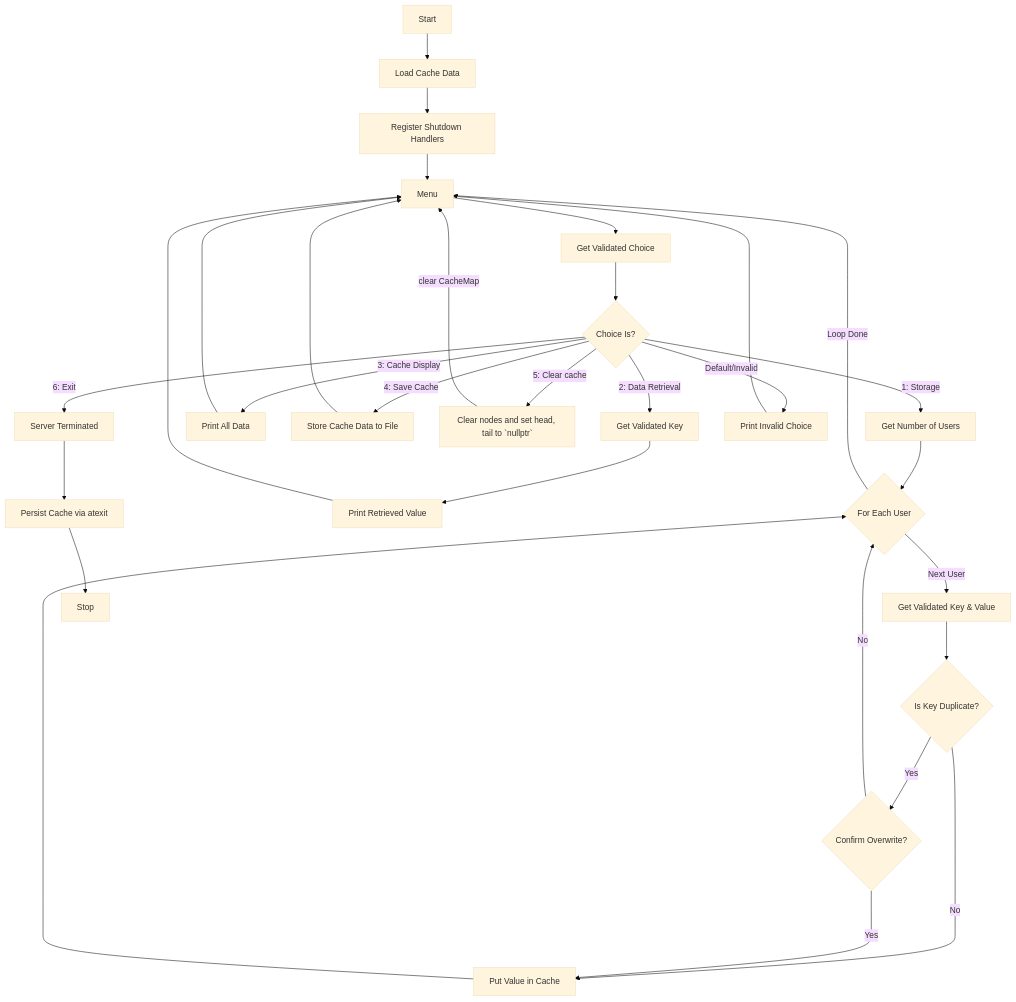
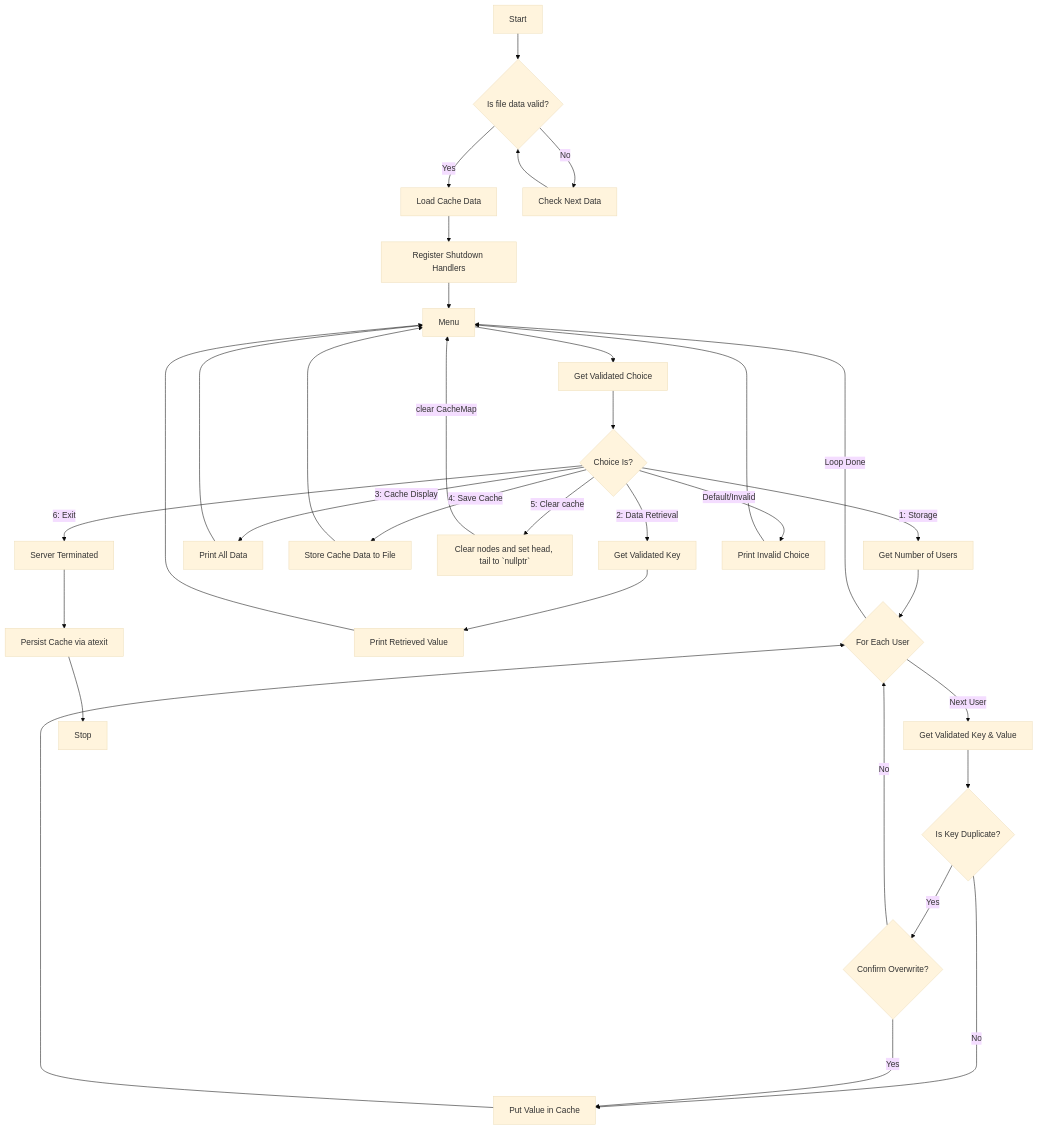
One commit to tecnolgd/velocache changed the diagram in assets/docs/architecture.md. Above: the diagram before and after it, drawn with Mermaid (base theme).

Commit message:
docs: updated mermaid diagram to include file data validation stage

````diff
--- a/assets/docs/architecture.md
+++ b/assets/docs/architecture.md
@@ -60,37 +60,39 @@
 ```mermaid
     flowchart TB
-    Start -->Load[Load Cache Data] --> Register[Register Shutdown Handlers] --> Menu
+    Start -->Validate{Is file data valid?}
+    Validate -- Yes --> Load[Load Cache Data] --> Register[Register Shutdown Handlers] --> Menu
+    Validate -- No -->Check_Next[Check Next Data] -->Validate 
 
     Menu --> GetChoice[Get Validated Choice] --> Choice{Choice Is?}
     
     %% Option-1: Storage
     Choice -- 1: Storage --> InputUsers[Get Number of Users]
     InputUsers --> UserLoop{For Each User}
     UserLoop -- Loop Done --> Menu
     UserLoop -- Next User --> KeyInput[Get Validated Key & Value]
     KeyInput --> Duplicate{Is Key Duplicate?}
     
     Duplicate -- No ---> Put[Put Value in Cache] --> UserLoop
     Duplicate -- Yes --> Overwrite{Confirm Overwrite?}
     Overwrite -- Yes ---> Put
     Overwrite -- No --> UserLoop
 
     %% Option-2: Retrieval
     Choice -- 2: Data Retrieval --> GetKey[Get Validated Key]
     GetKey --> PrintVal[Print Retrieved Value] --> Menu
 
     %% Option-3: Display
     Choice -- 3: Cache Display --> Print[Print All Data] --> Menu
 
     %% Option-4: Save Cache
     Choice -- 4: Save Cache --> Save[Store Cache Data to File] --> Menu
 
     %% Option-5: Clear Cache
     Choice -- 5: Clear cache --> Clear[Clear nodes and set head, tail to `nullptr`] -- clear CacheMap --> Menu
 
     %% Option-6: Exit
     Choice -- 6: Exit --> Terminate[Server Terminated] --> Persist[Persist Cache via atexit] --> Stop
 
     %% Invalid Choice
     Choice -- Default/Invalid --> Invalid[Print Invalid Choice] --> Menu
 ```
````
